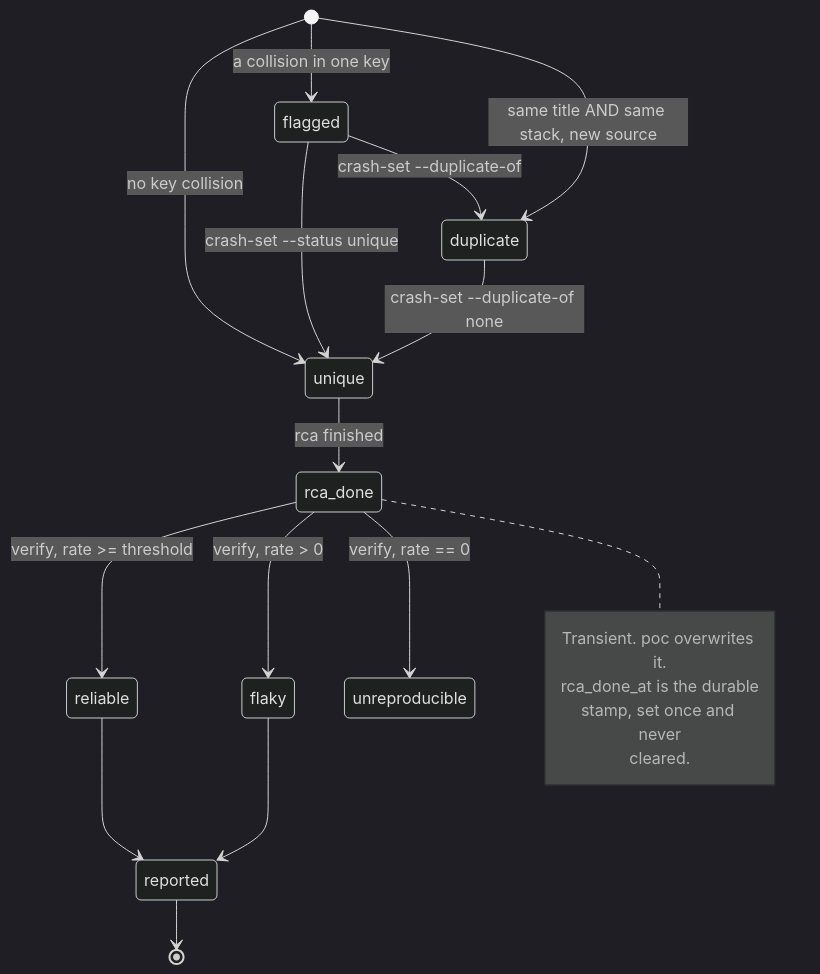
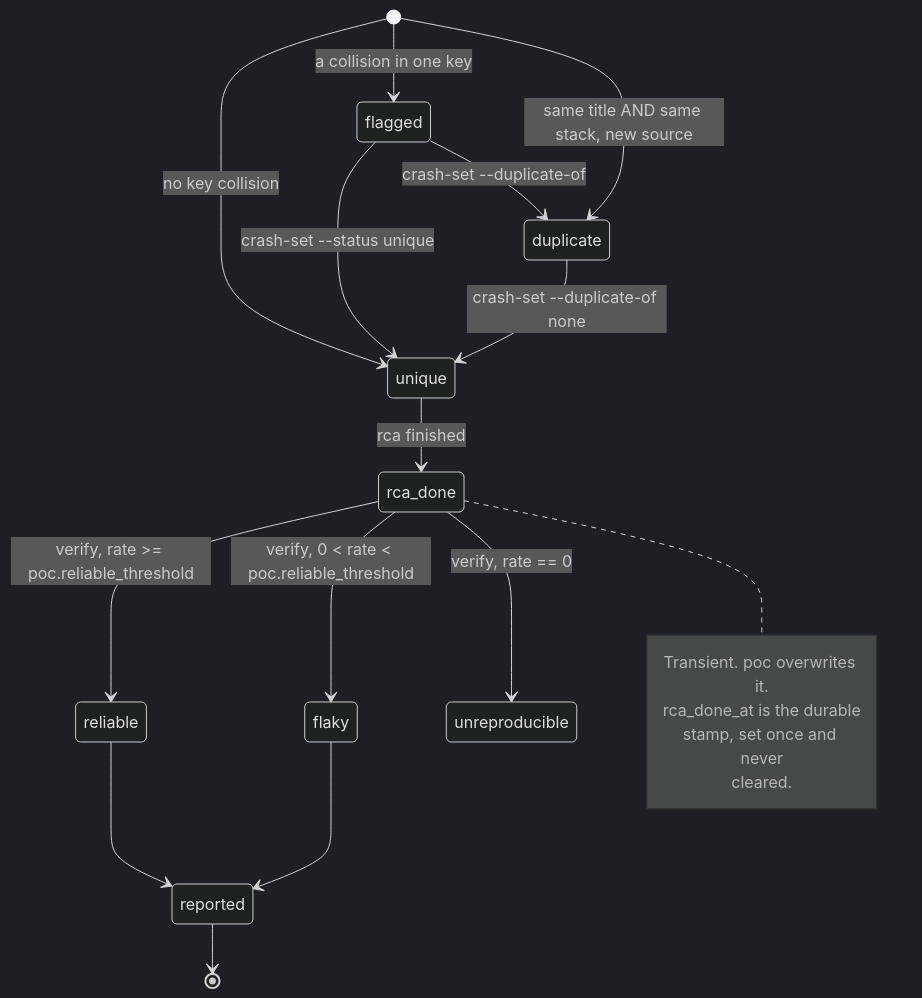
The second of 2 diagrams in docs/src/content/docs/architecture/crash-identity.md (Indspl0it/gspwn), drawn with Mermaid (dark theme) before and after one commit. The commit also changed other lines of this file and 15 other files, not shown here.

First line of the commit message:
Rewrite the Architecture pages against source

````diff
--- a/docs/src/content/docs/architecture/crash-identity.md
+++ b/docs/src/content/docs/architecture/crash-identity.md
@@ -156,23 +182,23 @@
 ```mermaid
 stateDiagram-v2
   [*] --> unique: no key collision
   [*] --> flagged: a collision in one key
   [*] --> duplicate: same title AND same stack, new source
   flagged --> unique: crash-set --status unique
   flagged --> duplicate: crash-set --duplicate-of
   duplicate --> unique: crash-set --duplicate-of none
   unique --> rca_done: rca finished
-  rca_done --> reliable: verify, rate >= threshold
-  rca_done --> flaky: verify, rate > 0
+  rca_done --> reliable: verify, rate >= poc.reliable_threshold
+  rca_done --> flaky: verify, 0 < rate < poc.reliable_threshold
   rca_done --> unreproducible: verify, rate == 0
   reliable --> reported
   flaky --> reported
   reported --> [*]
 
   note right of rca_done
     Transient. poc overwrites it.
     rca_done_at is the durable
     stamp, set once and never
     cleared.
   end note
 ```
````
